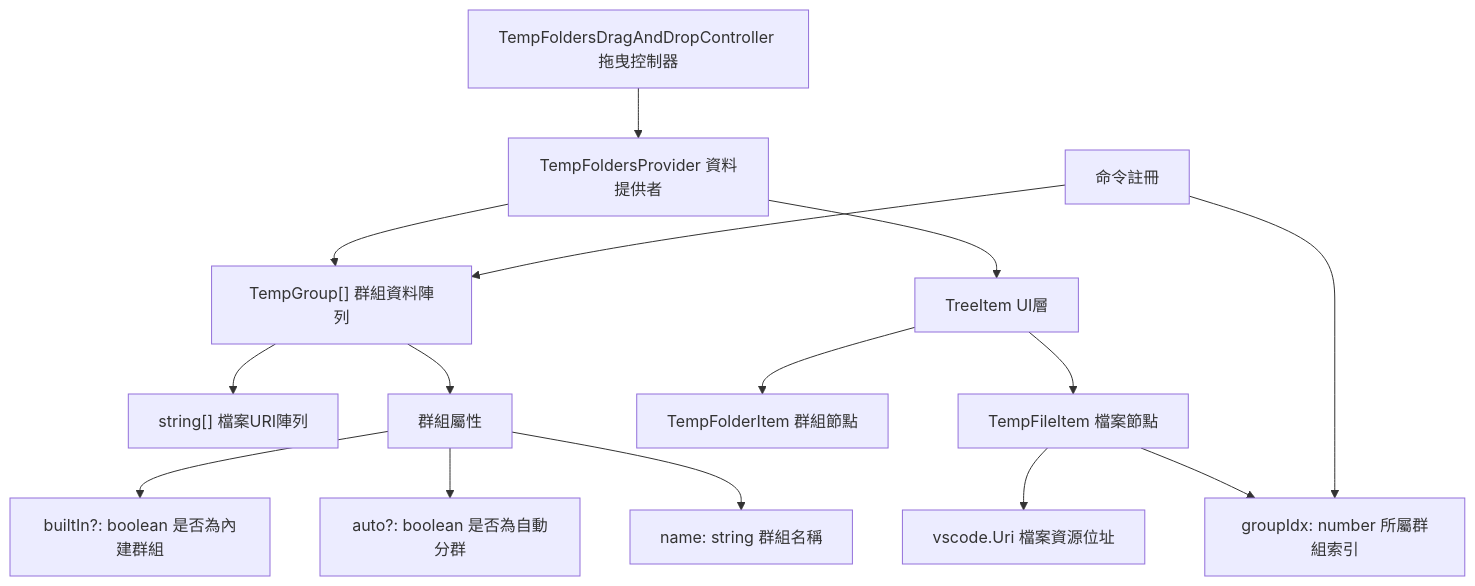
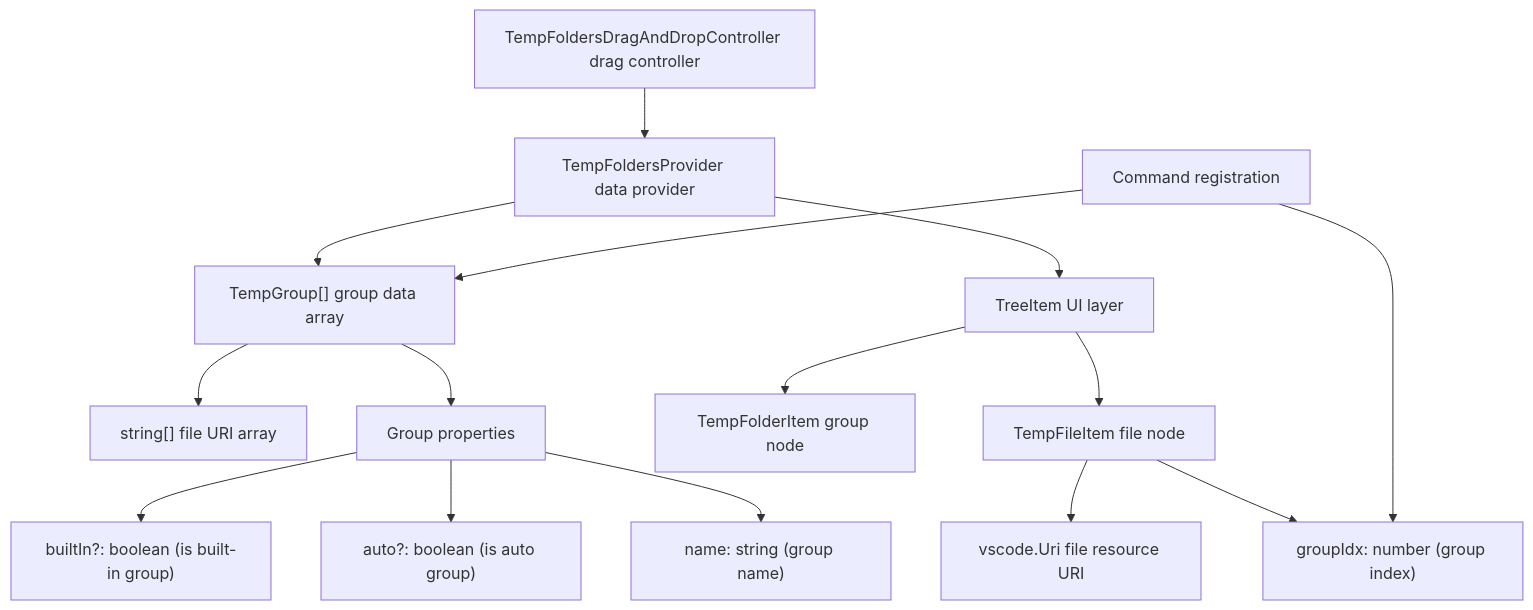
The third of 3 diagrams in DEVELOPMENT.md (winterdrive/virtual-tabs), drawn with Mermaid before and after one commit. The commit also changed other lines of this file and 10 other files, not shown here.

````diff
--- a/DEVELOPMENT.md
+++ b/DEVELOPMENT.md
@@ -293,26 +292,26 @@
 ```mermaid
 flowchart TD
-    %% 資料層
-    TempGroup["TempGroup[] 群組資料陣列"] --> Files["string[] 檔案URI陣列"]
-    TempGroup --> GroupProperties["群組屬性"]
-    GroupProperties --> BuiltIn["builtIn?: boolean 是否為內建群組"]
-    GroupProperties --> Auto["auto?: boolean 是否為自動分群"]
-    GroupProperties --> Name["name: string 群組名稱"]
+    %% Data Layer
+    TempGroup["TempGroup[] group data array"] --> Files["string[] file URI array"]
+    TempGroup --> GroupProperties["Group properties"]
+    GroupProperties --> BuiltIn["builtIn?: boolean (is built-in group)"]
+    GroupProperties --> Auto["auto?: boolean (is auto group)"]
+    GroupProperties --> Name["name: string (group name)"]
 
-    %% UI層轉換
-    TempFoldersProvider["TempFoldersProvider 資料提供者"] --> TempGroup
-    TempFoldersProvider --> TreeItems["TreeItem UI層"]
+    %% UI Layer Conversion
+    TempFoldersProvider["TempFoldersProvider data provider"] --> TempGroup
+    TempFoldersProvider --> TreeItems["TreeItem UI layer"]
 
-    %% TreeItem 類型
-    TreeItems --> FolderItem["TempFolderItem 群組節點"]
-    TreeItems --> FileItem["TempFileItem 檔案節點"]
+    %% TreeItem Types
+    TreeItems --> FolderItem["TempFolderItem group node"]
+    TreeItems --> FileItem["TempFileItem file node"]
 
-    %% 檔案節點的屬性
-    FileItem --> VSCodeUri["vscode.Uri 檔案資源位址"]
-    FileItem --> GroupIndex["groupIdx: number 所屬群組索引"]
+    %% File node properties
+    FileItem --> VSCodeUri["vscode.Uri file resource URI"]
+    FileItem --> GroupIndex["groupIdx: number (group index)"]
 
-    %% 操作層
-    DragAndDrop["TempFoldersDragAndDropController 拖曳控制器"] --> TempFoldersProvider
-    Commands["命令註冊"] --> TempGroup
+    %% Operation Layer
+    DragAndDrop["TempFoldersDragAndDropController drag controller"] --> TempFoldersProvider
+    Commands["Command registration"] --> TempGroup
     Commands --> GroupIndex
 ```
````
